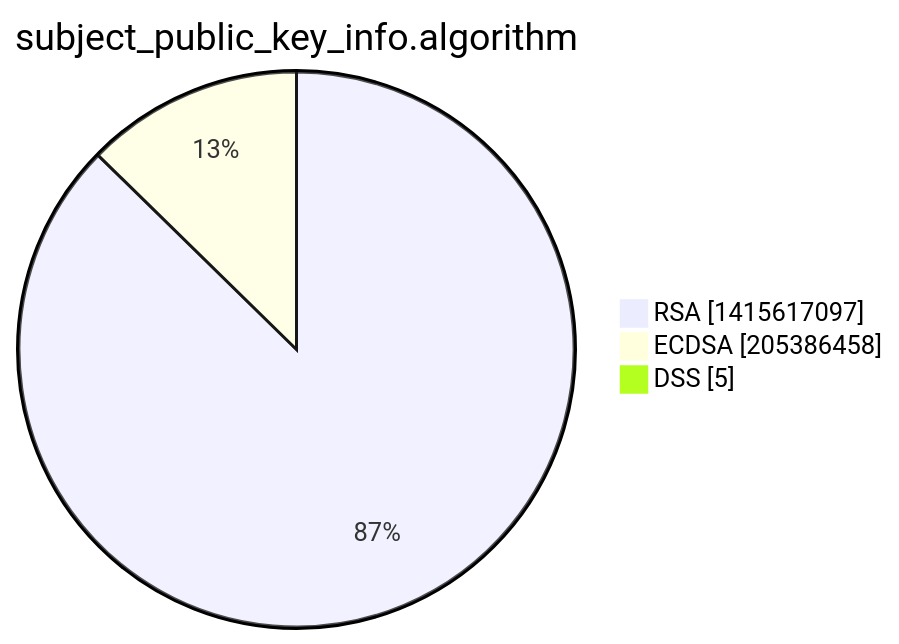
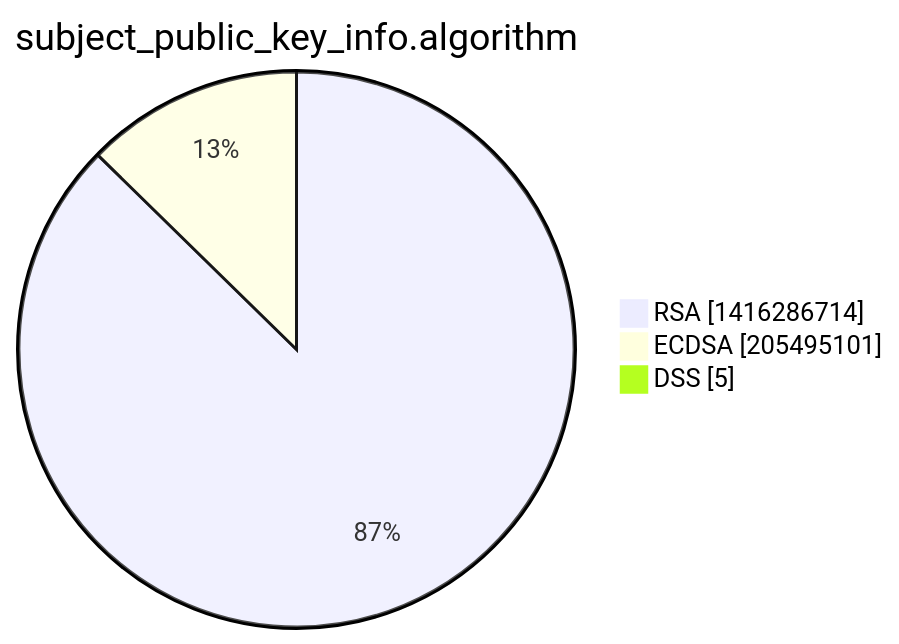
One commit to christiankrug/ctmonitor_visualization changed the third of 15 diagrams in xenon2022/README.md. Above: the diagram before and after it, drawn with Mermaid. The commit also changed other lines of this file, not shown here.

````diff
--- a/xenon2022/README.md
+++ b/xenon2022/README.md
@@ -14,7 +14,7 @@
 ```mermaid
 pie showData
 title subject_public_key_info.algorithm
-"RSA" :1415617097
-"ECDSA" :205386458
+"RSA" :1416286714
+"ECDSA" :205495101
 "DSS" :5
 ```
````
